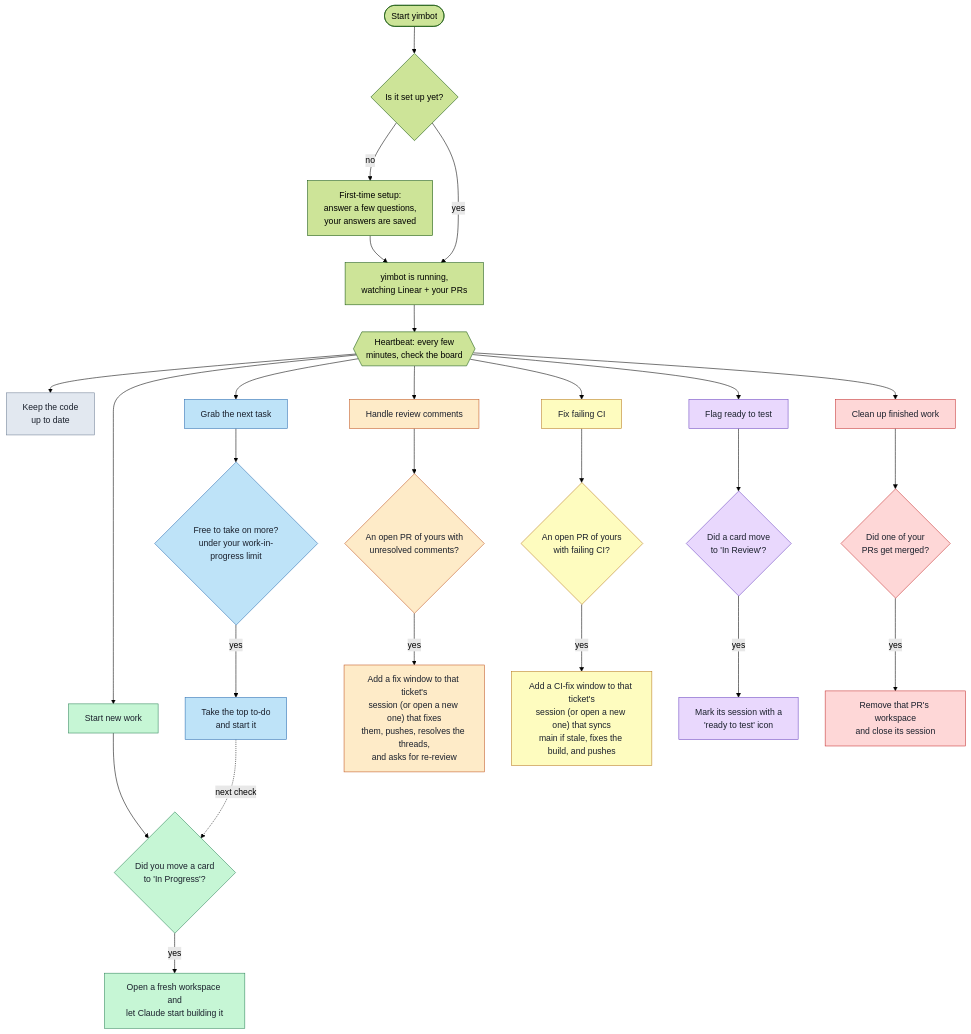
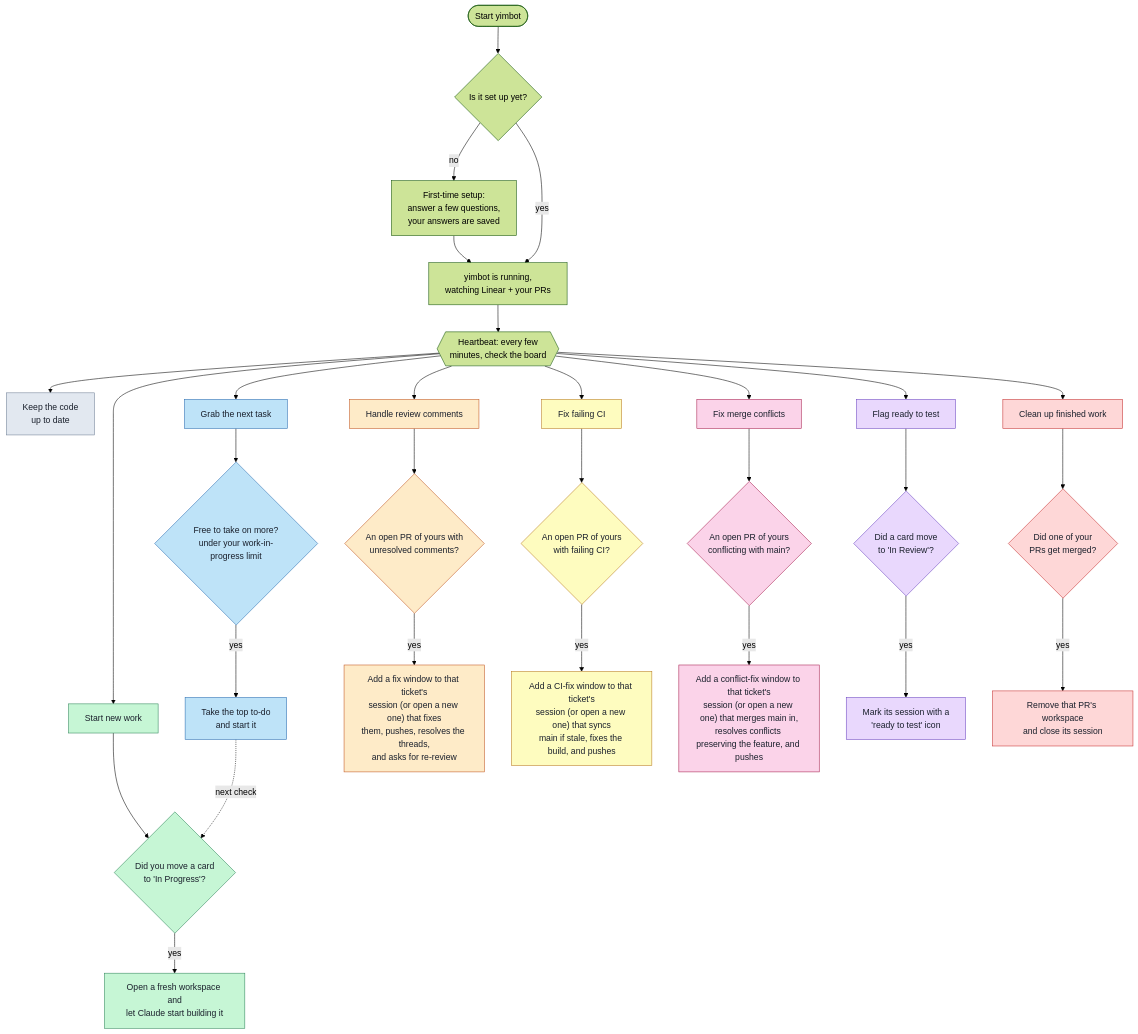
The diagram in README.md (YiminArava4508/yimbot), drawn with Mermaid (forest theme) before and after one commit. The commit also changed other lines of this file and 11 other files, not shown here.

First line of the commit message:
feat(pr-review): resolve PR merge conflicts automatically

````diff
--- a/README.md
+++ b/README.md
@@ -24,51 +24,57 @@
 ```mermaid
 flowchart TD
     A(["Start yimbot"]) --> B{"Is it set up yet?"}
     B -- no --> W["First-time setup:<br/>answer a few questions,<br/>your answers are saved"]
     W --> C["yimbot is running,<br/>watching Linear + your PRs"]
     B -- yes --> C
 
     C --> P{{"Heartbeat: every few<br/>minutes, check the board"}}
 
     P --> S["Keep the code<br/>up to date"]
 
     P --> G1["Start new work"]
     G1 --> T1{"Did you move a card<br/>to 'In Progress'?"}
     T1 -- yes --> L["Open a fresh workspace and<br/>let Claude start building it"]
 
     P --> G2["Grab the next task"]
     G2 --> PK{"Free to take on more?<br/>under your work-in-progress limit"}
     PK -- yes --> M["Take the top to-do<br/>and start it"]
     M -.->|next check| T1
 
     P --> G3["Handle review comments"]
     G3 --> T2{"An open PR of yours with<br/>unresolved comments?"}
     T2 -- yes --> R["Add a fix window to that ticket's<br/>session (or open a new one) that fixes<br/>them, pushes, resolves the threads,<br/>and asks for re-review"]
 
     P --> G6["Fix failing CI"]
     G6 --> T5{"An open PR of yours<br/>with failing CI?"}
     T5 -- yes --> CI["Add a CI-fix window to that ticket's<br/>session (or open a new one) that syncs<br/>main if stale, fixes the build, and pushes"]
 
+    P --> G7["Fix merge conflicts"]
+    G7 --> T6{"An open PR of yours<br/>conflicting with main?"}
+    T6 -- yes --> CF["Add a conflict-fix window to that ticket's<br/>session (or open a new one) that merges main in,<br/>resolves conflicts preserving the feature, and pushes"]
+
     P --> G4["Flag ready to test"]
     G4 --> T3{"Did a card move<br/>to 'In Review'?"}
     T3 -- yes --> F["Mark its session with a<br/>'ready to test' icon"]
 
     P --> G5["Clean up finished work"]
     G5 --> T4{"Did one of your<br/>PRs get merged?"}
     T4 -- yes --> CU["Remove that PR's workspace<br/>and close its session"]
 
     classDef deploy fill:#c6f6d5,stroke:#2f855a,color:#1a202c;
     classDef claim fill:#bee3f8,stroke:#2b6cb0,color:#1a202c;
     classDef review fill:#feebc8,stroke:#c05621,color:#1a202c;
     classDef ready fill:#e9d8fd,stroke:#6b46c1,color:#1a202c;
     classDef cleanup fill:#fed7d7,stroke:#c53030,color:#1a202c;
     classDef ci fill:#fefcbf,stroke:#b7791f,color:#1a202c;
+    classDef conflict fill:#fbd3e9,stroke:#a61e4d,color:#1a202c;
     classDef sync fill:#e2e8f0,stroke:#718096,color:#1a202c;
     class G1,T1,L deploy;
     class G2,PK,M claim;
     class G3,T2,R review;
     class G6,T5,CI ci;
+    class G7,T6,CF conflict;
     class G4,T3,F ready;
     class G5,T4,CU cleanup;
     class S sync;
 ```
````
